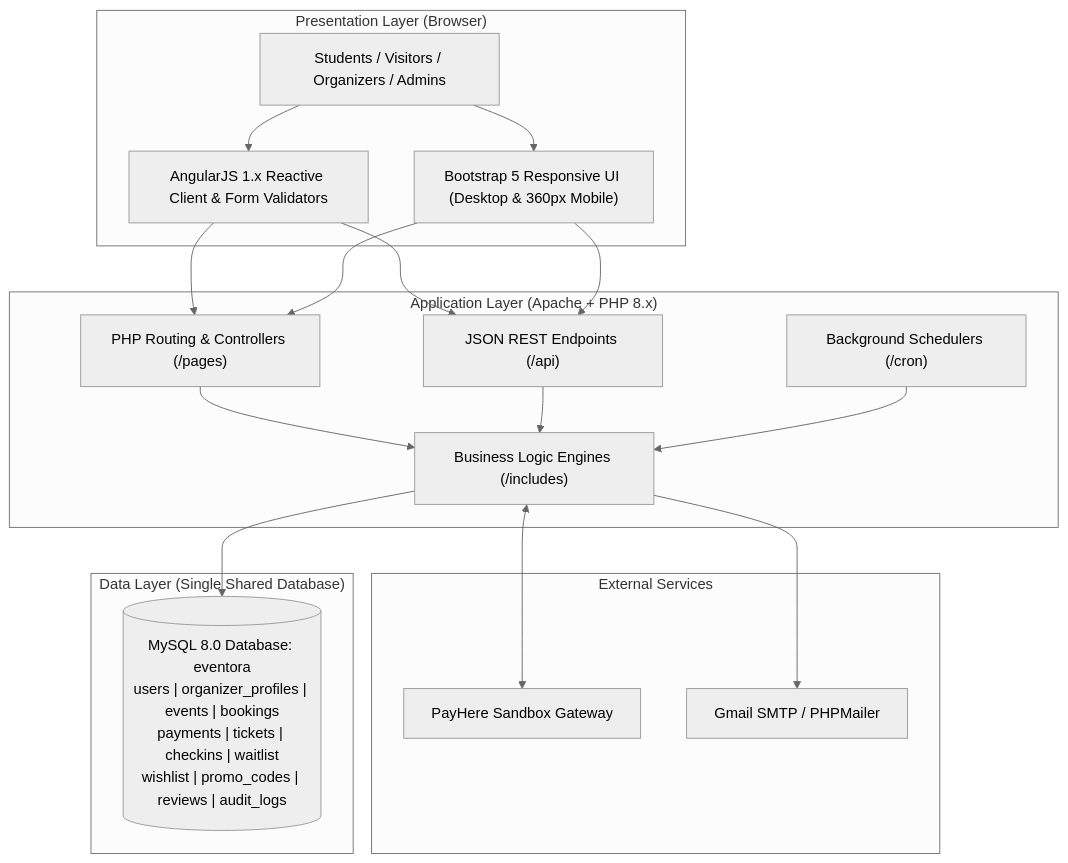
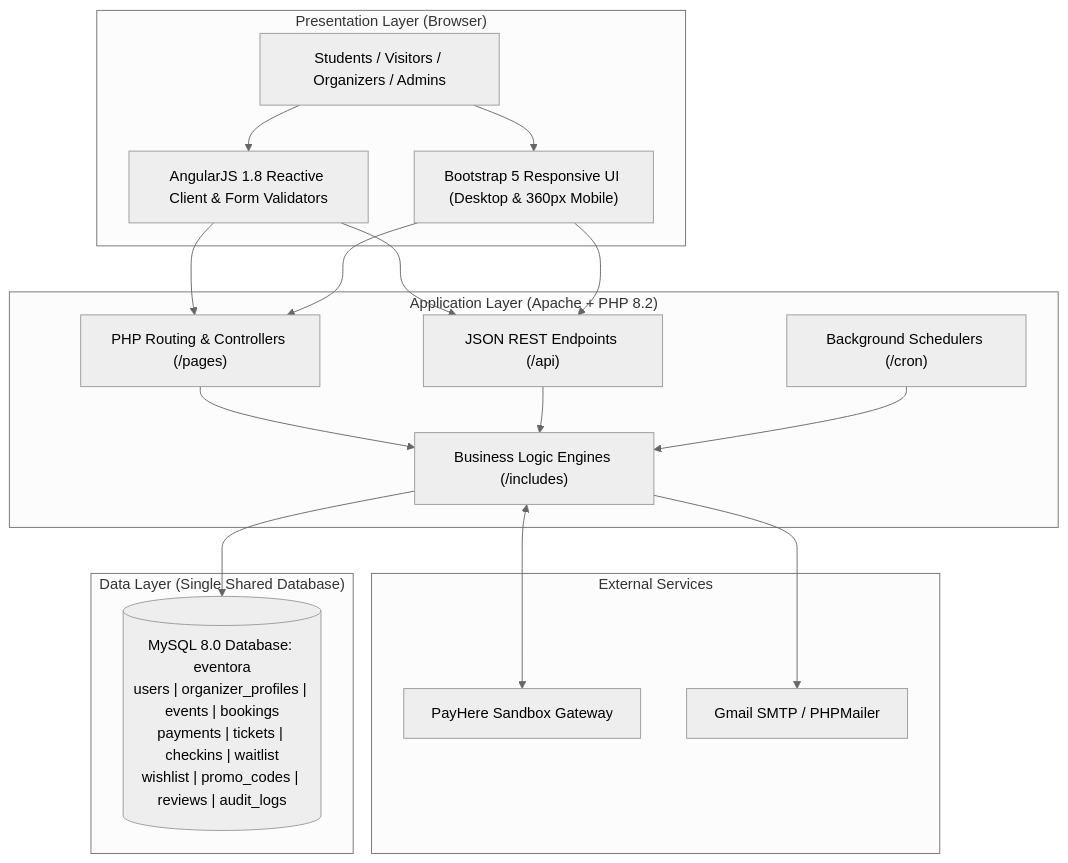
The diagram in README.md (Amiru-dev/Eventora), drawn with Mermaid (neutral theme) before and after one commit. The commit also changed other lines of this file, not shown here.

````diff
--- a/README.md
+++ b/README.md
@@ -52,32 +52,32 @@
 ```mermaid
 flowchart TD
     subgraph Client ["Presentation Layer (Browser)"]
         A["Students / Visitors / Organizers / Admins"]
-        B["AngularJS 1.x Reactive Client & Form Validators"]
+        B["AngularJS 1.8 Reactive Client & Form Validators"]
         C["Bootstrap 5 Responsive UI (Desktop & 360px Mobile)"]
     end
 
-    subgraph Server ["Application Layer (Apache + PHP 8.x)"]
+    subgraph Server ["Application Layer (Apache + PHP 8.2)"]
         D["PHP Routing & Controllers (/pages)"]
         E["JSON REST Endpoints (/api)"]
         F["Business Logic Engines (/includes)"]
         G["Background Schedulers (/cron)"]
     end
 
     subgraph Integrations ["External Services"]
         H["PayHere Sandbox Gateway"]
         I["Gmail SMTP / PHPMailer"]
     end
 
     subgraph Persistence ["Data Layer (Single Shared Database)"]
         J[("MySQL 8.0 Database: eventora<br/>users | organizer_profiles | events | bookings<br/>payments | tickets | checkins | waitlist<br/>wishlist | promo_codes | reviews | audit_logs")]
     end
 
     A --> B & C
     B & C --> D & E
     D & E --> F
     F --> J
     F <--> H
     F --> I
     G --> F
 ```
````
